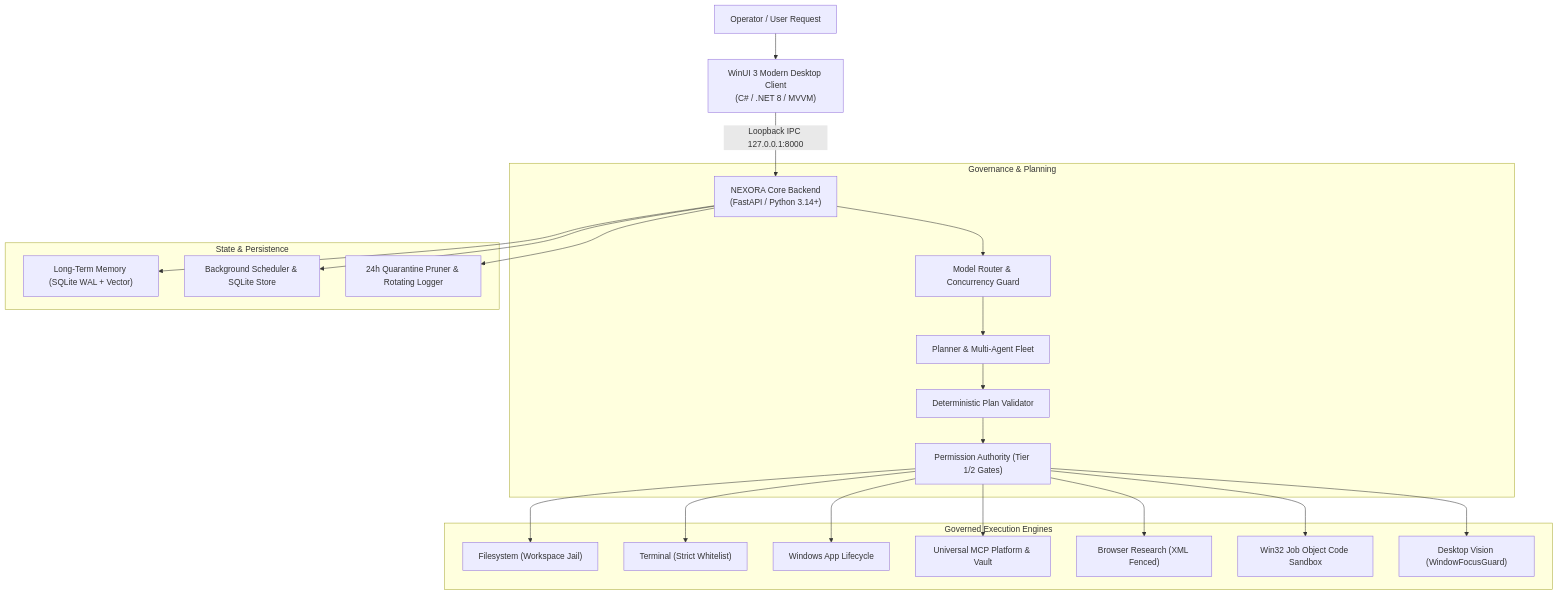
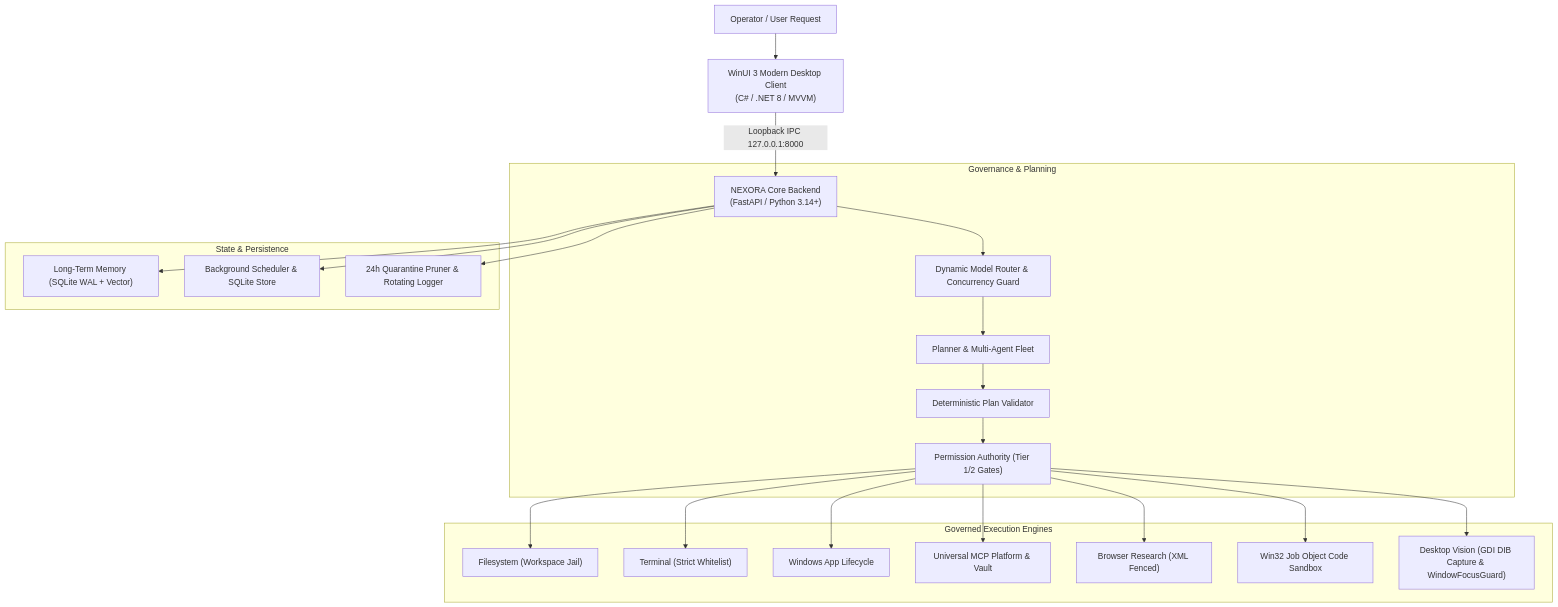
One commit to kittyboy06/Nexora changed the diagram in README.md. Above: the diagram before and after it, drawn with Mermaid. The commit also changed other lines of this file and 52 other files, not shown here.

Commit message:
feat: implement standalone executable support, model independence, and backend supervisor

````diff
--- a/README.md
+++ b/README.md
@@ -19,28 +36,28 @@
 ```mermaid
 flowchart TD
     User["Operator / User Request"] --> Desktop["WinUI 3 Modern Desktop Client<br/>(C# / .NET 8 / MVVM)"]
     Desktop -->|Loopback IPC 127.0.0.1:8000| Backend["NEXORA Core Backend<br/>(FastAPI / Python 3.14+)"]
     
     subgraph Governance & Planning
-        Backend --> Router["Model Router & Concurrency Guard"]
+        Backend --> Router["Dynamic Model Router & Concurrency Guard"]
         Router --> Planner["Planner & Multi-Agent Fleet"]
         Planner --> Validator["Deterministic Plan Validator"]
         Validator --> Perms["Permission Authority (Tier 1/2 Gates)"]
     end
 
     subgraph Governed Execution Engines
         Perms --> FS["Filesystem (Workspace Jail)"]
         Perms --> Term["Terminal (Strict Whitelist)"]
         Perms --> Win["Windows App Lifecycle"]
         Perms --> MCP["Universal MCP Platform & Vault"]
         Perms --> Browser["Browser Research (XML Fenced)"]
         Perms --> Sandbox["Win32 Job Object Code Sandbox"]
-        Perms --> Vision["Desktop Vision (WindowFocusGuard)"]
+        Perms --> Vision["Desktop Vision (GDI DIB Capture & WindowFocusGuard)"]
     end
 
     subgraph State & Persistence
         Backend --> Memory["Long-Term Memory (SQLite WAL + Vector)"]
         Backend --> Scheduler["Background Scheduler & SQLite Store"]
         Backend --> Pruner["24h Quarantine Pruner & Rotating Logger"]
     end
 ```
````
